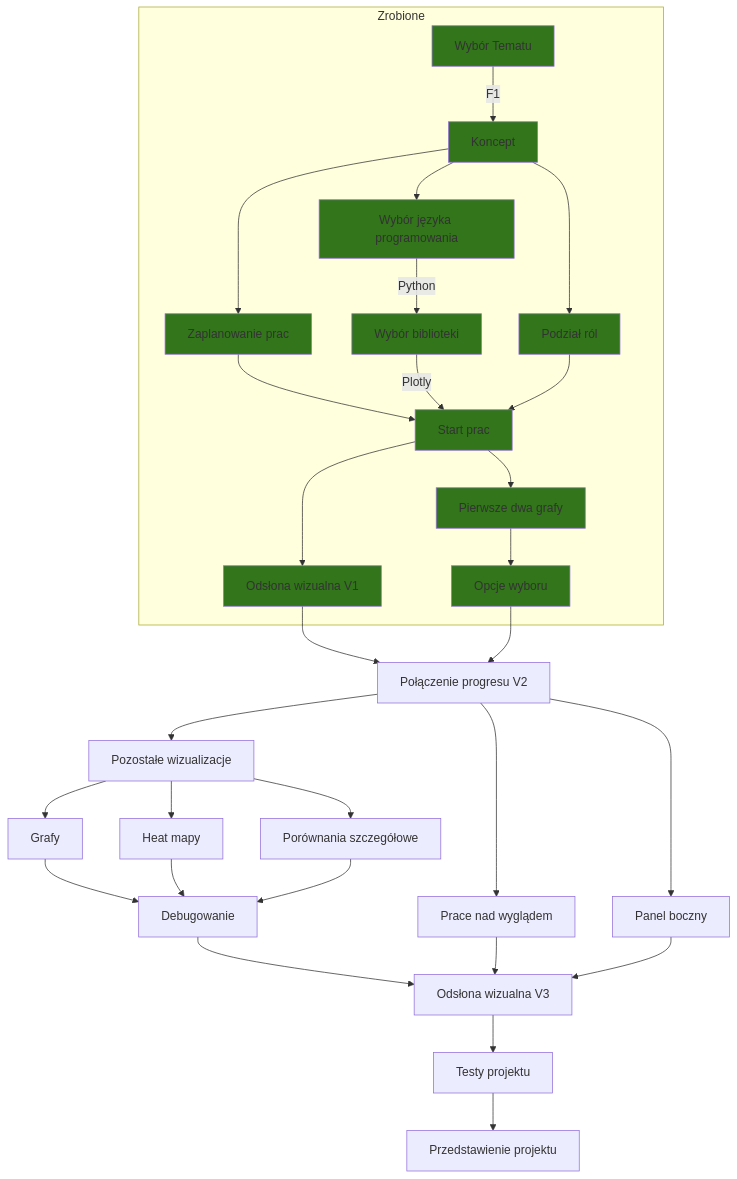
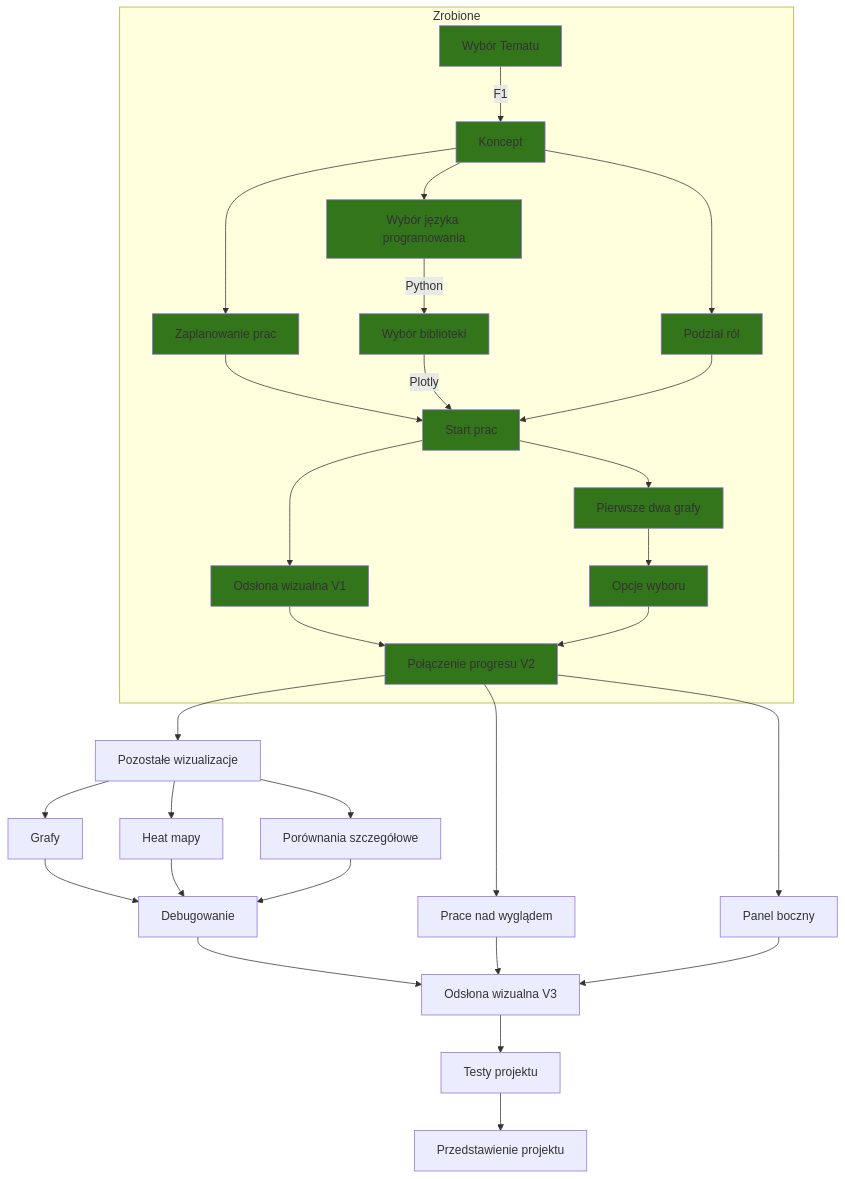
Before and after one commit to Tymiec/Formula_1_Visualized: the diagram in README.md, drawn with Mermaid.

Commit message:
aktualizacja roadmap

````diff
--- a/README.md
+++ b/README.md
@@ -40,49 +40,51 @@
 ```mermaid
 %%{init: {'theme': light 'base', 'themeVariables': { 'primaryColor': '#ffcccc', 'edgeLabelBackground':'#ffffee', 'tertiaryColor': '#fff0f0'}}}%%
 graph 
 Start1[Wybór Tematu] -- F1--> Koncept
 Koncept --> Wybor
 Koncept --> Podzial
 Koncept --> Plany[Zaplanowanie prac] --> Start_prac
 Wybor[Wybór języka programowania] -- Python --> Wybor2[Wybór biblioteki]-- Plotly -->Start_prac
 Podzial[Podział ról] --> Start_prac
 Start_prac[Start prac]
 Start_prac --> Graf[Pierwsze dwa grafy]
 Start_prac --> Strona[Odsłona wizualna V1] --> Merge
 Graf --> Przyciski[Opcje wyboru] --> Merge
 Merge[Połączenie progresu V2]
 Merge --> Grafy_dodanie[Pozostałe wizualizacje]
 Grafy_dodanie --> Grafiki[Grafy]--> Debugowanie
 Grafy_dodanie --> Heatmapy[Heat mapy]--> Debugowanie
 Grafy_dodanie --> Porownania[Porównania szczegółowe]--> Debugowanie
 Debugowanie --> Merge2
 Merge --> Wiz2[Prace nad wyglądem] --> Merge2
 Merge --> PBoczny[Panel boczny] --> Merge2
 Merge2[Odsłona wizualna V3]
 Merge2 --> Testy[Testy projektu]
 Testy --> Finish[Przedstawienie projektu]
 
 subgraph Zrobione
  Start1
  Koncept
  Start_prac
  Podzial
  Wybor2
  Plany
  Wybor
  Graf
  Przyciski
  Strona
+ Merge
 end
 
+style Merge fill:#32751B
 style Start1 fill:#32751B
 style Koncept fill:#32751B
 style Start_prac fill:#32751B
 style Podzial fill:#32751B
 style Wybor2 fill:#32751B
 style Plany fill:#32751B
 style Wybor fill:#32751B
 style Graf fill:#32751B
 style Przyciski fill:#32751B
 style Strona fill:#32751B
 ```
````
